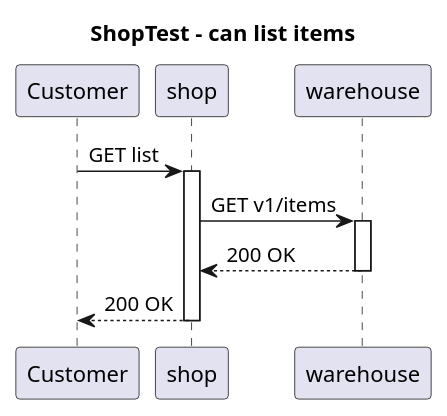
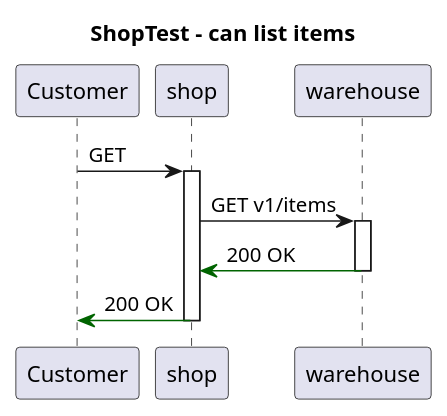
Before and after one commit to http4k/exploring-the-testing-hyperpyramid: the diagram in .presentation/.generated/WebsiteTest - can list items - Sequence.puml, drawn with PlantUML. The commit also changed 3 other files, not shown here.

Commit message:
adding coloured sequence

```diff
--- a/.presentation/.generated/WebsiteTest - can list items - Sequence.puml
+++ b/.presentation/.generated/WebsiteTest - can list items - Sequence.puml
@@ -1,15 +1,15 @@
 @startuml
 title ShopTest - can list items
 participant "Customer"
 participant "shop"
 participant "warehouse"
-"Customer" -> "shop": GET list
+"Customer" -> "shop": GET
 activate "shop"
 "shop" -> "warehouse": GET v1/items
 activate "warehouse"
 
-"warehouse" --> "shop": 200 OK
+"warehouse" -[#DarkGreen]> "shop": 200 OK
 deactivate "warehouse"
-"shop" --> "Customer": 200 OK
+"shop" -[#DarkGreen]> "Customer": 200 OK
 deactivate "shop"
 @enduml
```
